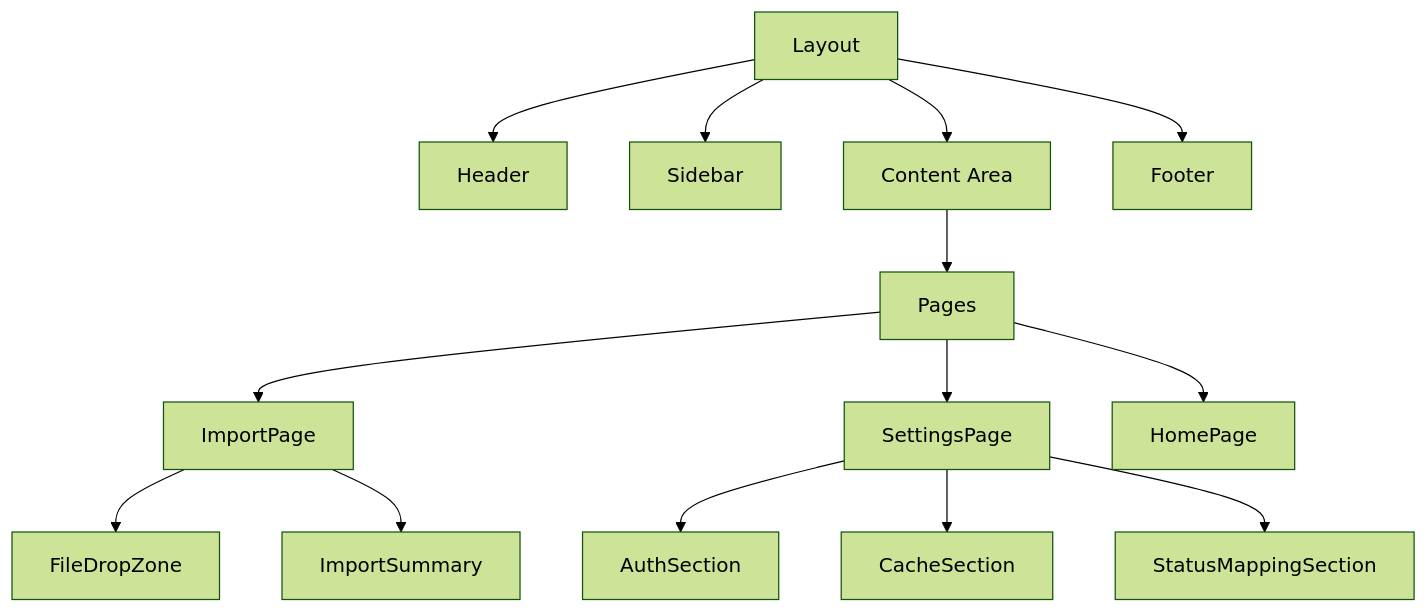
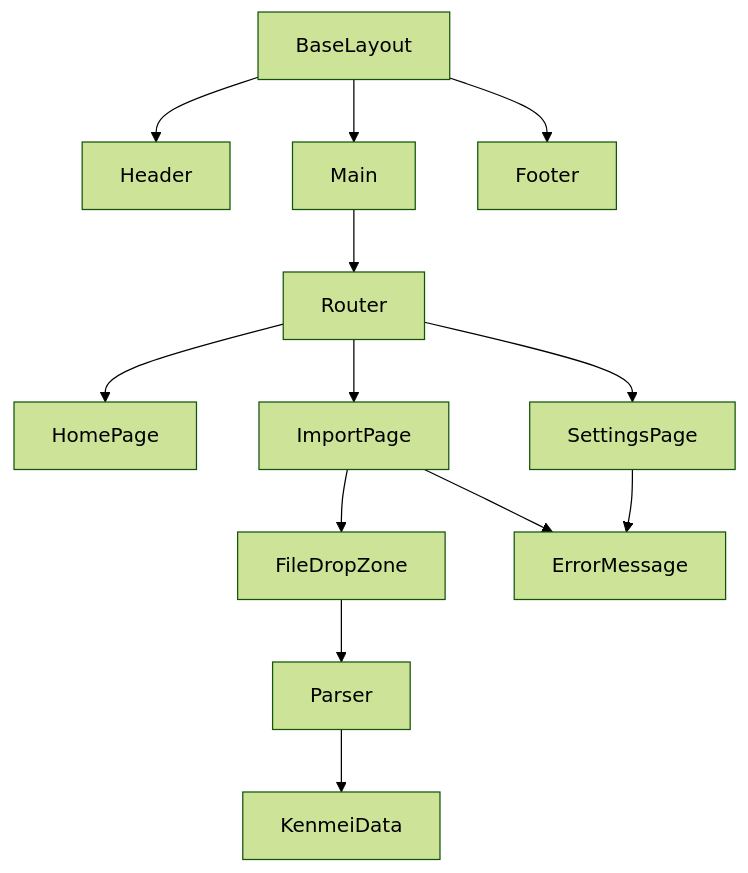
One commit to RLAlpha49/Anilist-Manga-Updater changed the diagram in .ai/story-2.story.md. Above: the diagram before and after it, drawn with Mermaid (forest theme). The commit also changed other lines of this file and 20 other files, not shown here.

````diff
--- a/.ai/story-2.story.md
+++ b/.ai/story-2.story.md
@@ -133,19 +134,15 @@
 ```mermaid
-flowchart TD
-    A[Layout] --> B[Header]
-    A --> C[Sidebar]
-    A --> D[Content Area]
-    A --> E[Footer]
-
-    D --> F[Pages]
-    F --> G[ImportPage]
-    F --> H[SettingsPage]
-    F --> I[HomePage]
-
-    G --> J[FileDropZone]
-    G --> K[ImportSummary]
-
-    H --> L[AuthSection]
-    H --> M[CacheSection]
-    H --> N[StatusMappingSection]
+flowchart TB
+    BaseLayout --> Header
+    BaseLayout --> Main
+    BaseLayout --> Footer
+    Main --> Router
+    Router --> HomePage
+    Router --> ImportPage
+    Router --> SettingsPage
+    ImportPage --> FileDropZone
+    ImportPage --> ErrorMessage
+    FileDropZone --> Parser
+    Parser --> KenmeiData
+    SettingsPage --> ErrorMessage
 ```
````
